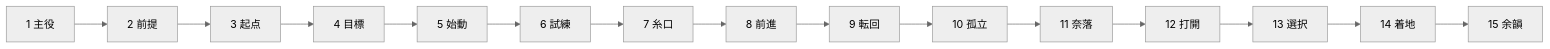
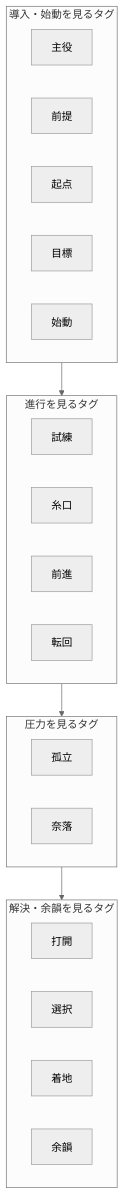
Before and after one commit to kh1985/LILIA: the sixth of 8 diagrams in docs/visual/lilia_story_engine_map.md, drawn with Mermaid (neutral theme). The commit also changed other lines of this file and 1 other file, not shown here.

Commit message:
Clarify story engine architecture TODO

````diff
--- a/docs/visual/lilia_story_engine_map.md
+++ b/docs/visual/lilia_story_engine_map.md
@@ -141,6 +178,31 @@
 ```mermaid
-flowchart LR
-  F01["1 主役"] --> F02["2 前提"] --> F03["3 起点"] --> F04["4 目標"] --> F05["5 始動"]
-  F05 --> F06["6 試練"] --> F07["7 糸口"] --> F08["8 前進"] --> F09["9 転回"] --> F10["10 孤立"]
-  F10 --> F11["11 奈落"] --> F12["12 打開"] --> F13["13 選択"] --> F14["14 着地"] --> F15["15 余韻"]
+flowchart TB
+  subgraph EARLY["導入・始動を見るタグ"]
+    F01["主役"]
+    F02["前提"]
+    F03["起点"]
+    F04["目標"]
+    F05["始動"]
+  end
+
+  subgraph PROGRESS["進行を見るタグ"]
+    F06["試練"]
+    F07["糸口"]
+    F08["前進"]
+    F09["転回"]
+  end
+
+  subgraph PRESSURE["圧力を見るタグ"]
+    F10["孤立"]
+    F11["奈落"]
+  end
+
+  subgraph RESOLVE["解決・余韻を見るタグ"]
+    F12["打開"]
+    F13["選択"]
+    F14["着地"]
+    F15["余韻"]
+  end
+
+  EARLY --> PROGRESS --> PRESSURE --> RESOLVE
 ```
````
